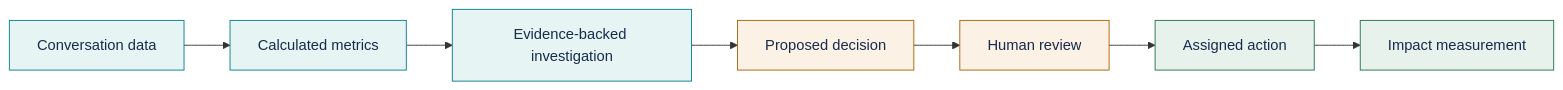
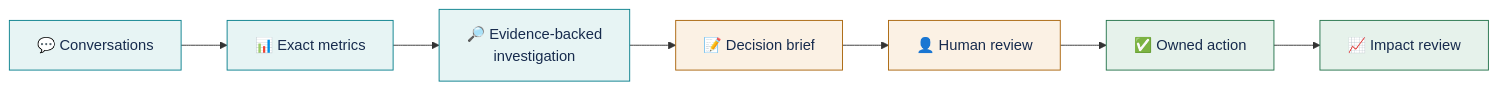
The second of 3 diagrams in convolens/README.md (florina787/Data-sets), drawn with Mermaid before and after one commit. The commit also changed other lines of this file, not shown here.

First line of the commit message:
README: rewrite for CX automation audience — grounded AI analyst, guardrails, real-data results

````diff
--- a/convolens/README.md
+++ b/convolens/README.md
@@ -83,16 +121,16 @@
 ```mermaid
 flowchart LR
-  A[Conversation data] --> B[Calculated metrics]
-  B --> C[Evidence-backed investigation]
-  C --> D[Proposed decision]
-  D --> E[Human review]
-  E --> F[Assigned action]
-  F --> G[Impact measurement]
+  A["💬 Conversations"] --> B["📊 Exact metrics"]
+  B --> C["🔎 Evidence-backed<br/>investigation"]
+  C --> D["📝 Decision brief"]
+  D --> E["👤 Human review"]
+  E --> F["✅ Owned action"]
+  F --> G["📈 Impact review"]
   style A fill:#E7F4F4,stroke:#087F8C,color:#172B4D
   style B fill:#E7F4F4,stroke:#087F8C,color:#172B4D
   style C fill:#E7F4F4,stroke:#087F8C,color:#172B4D
   style D fill:#FBF1E4,stroke:#A96308,color:#172B4D
   style E fill:#FBF1E4,stroke:#A96308,color:#172B4D
   style F fill:#E6F2EB,stroke:#24734B,color:#172B4D
   style G fill:#E6F2EB,stroke:#24734B,color:#172B4D
 ```
````
